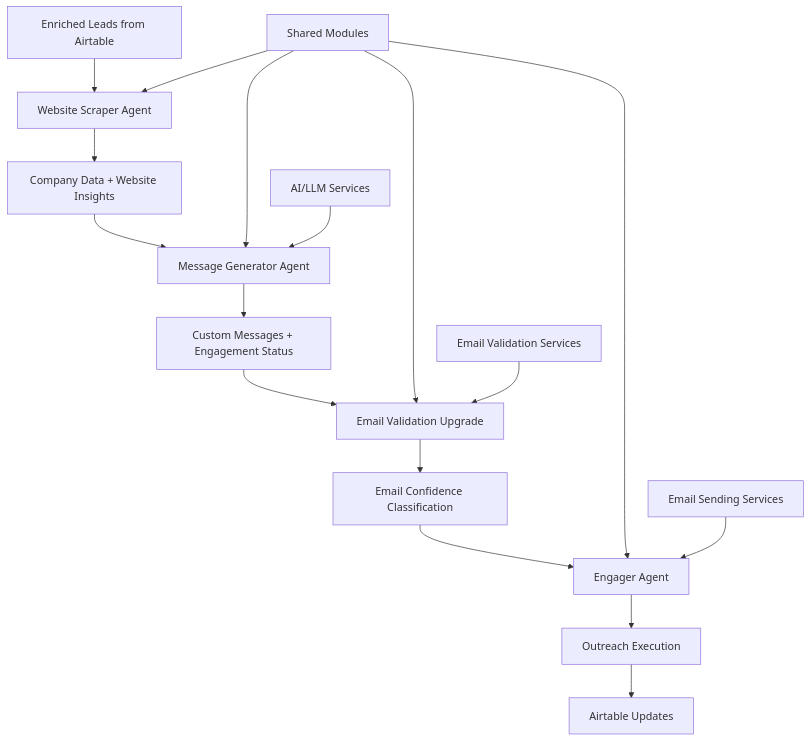
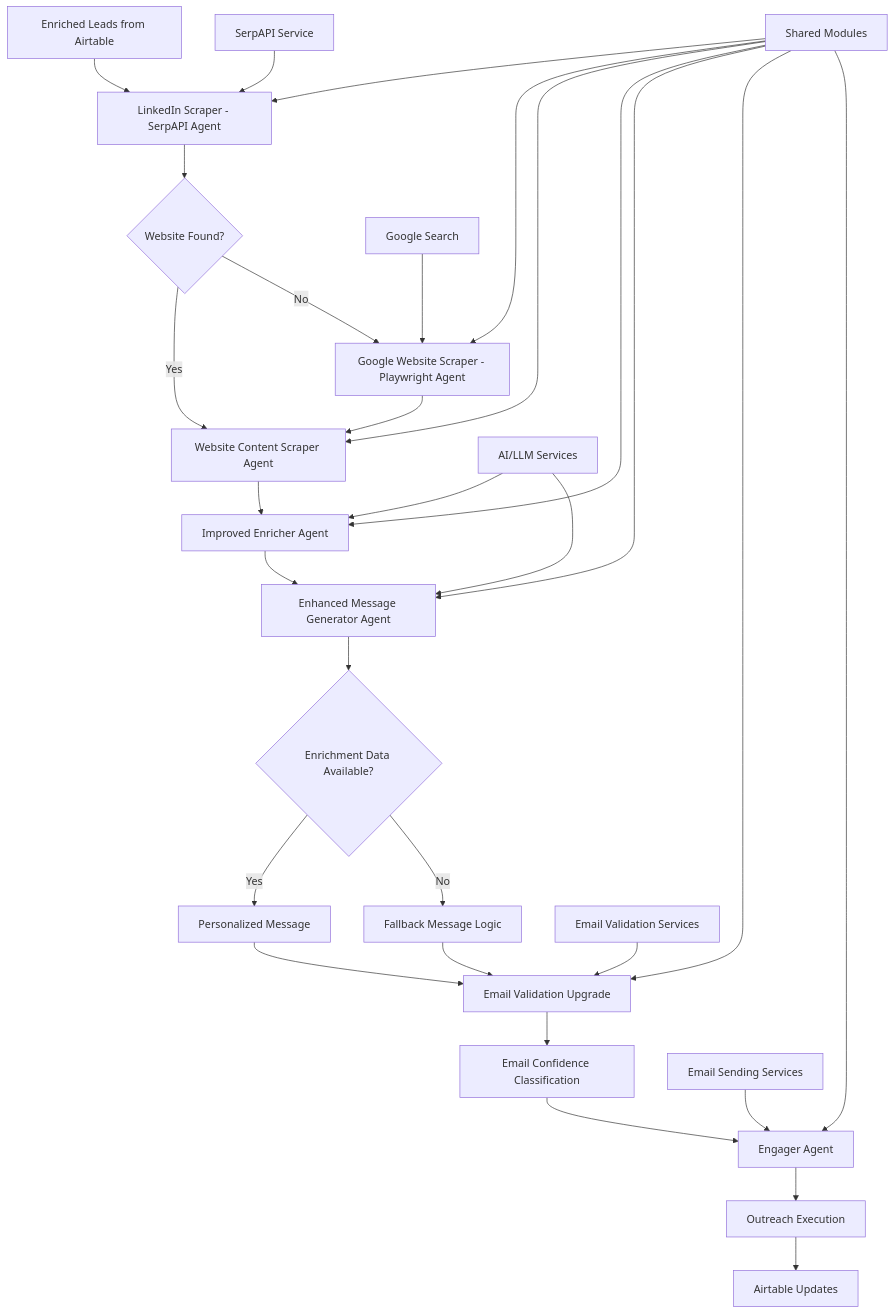
One commit to KyanBergeron4Runr/4Runr-AI-Lead-System changed the first of 2 diagrams in .kiro/specs/4runr-lead-system/design.md. Above: the diagram before and after it, drawn with Mermaid. The commit also changed other lines of this file and 51 other files, not shown here.

````diff
--- a/.kiro/specs/4runr-lead-system/design.md
+++ b/.kiro/specs/4runr-lead-system/design.md
@@ -16,21 +19,34 @@
 ```mermaid
 graph TD
-    A[Enriched Leads from Airtable] --> B[Website Scraper Agent]
-    B --> C[Company Data + Website Insights]
-    C --> D[Message Generator Agent]
-    D --> E[Custom Messages + Engagement Status]
-    E --> F[Email Validation Upgrade]
-    F --> G[Email Confidence Classification]
-    G --> H[Engager Agent]
-    H --> I[Outreach Execution]
-    I --> J[Airtable Updates]
+    A[Enriched Leads from Airtable] --> B[LinkedIn Scraper - SerpAPI Agent]
+    B --> C{Website Found?}
+    C -->|Yes| E[Website Content Scraper Agent]
+    C -->|No| D[Google Website Scraper - Playwright Agent]
+    D --> E
+    E --> F[Improved Enricher Agent]
+    F --> G[Enhanced Message Generator Agent]
+    G --> H{Enrichment Data Available?}
+    H -->|Yes| I[Personalized Message]
+    H -->|No| J[Fallback Message Logic]
+    I --> K[Email Validation Upgrade]
+    J --> K
+    K --> L[Email Confidence Classification]
+    L --> M[Engager Agent]
+    M --> N[Outreach Execution]
+    N --> O[Airtable Updates]
     
-    K[Shared Modules] --> B
-    K --> D
-    K --> F
-    K --> H
+    P[Shared Modules] --> B
+    P --> D
+    P --> E
+    P --> F
+    P --> G
+    P --> K
+    P --> M
     
-    L[AI/LLM Services] --> D
-    M[Email Validation Services] --> F
-    N[Email Sending Services] --> H
+    Q[SerpAPI Service] --> B
+    R[Google Search] --> D
+    S[AI/LLM Services] --> F
+    S --> G
+    T[Email Validation Services] --> K
+    U[Email Sending Services] --> M
 ```
````
